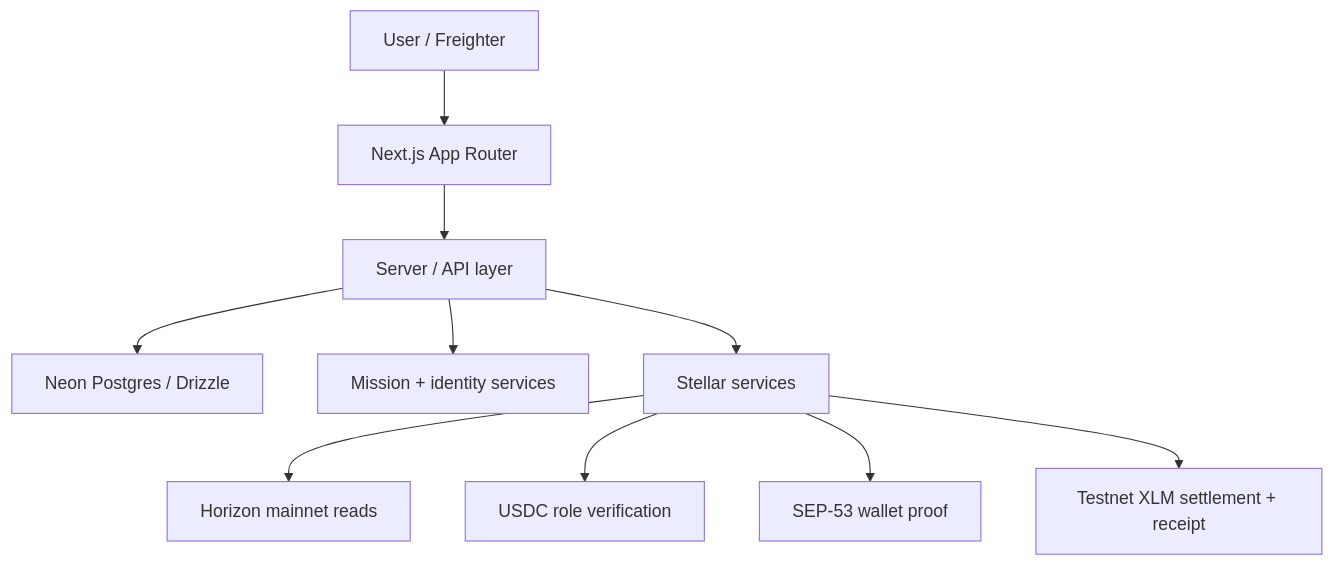
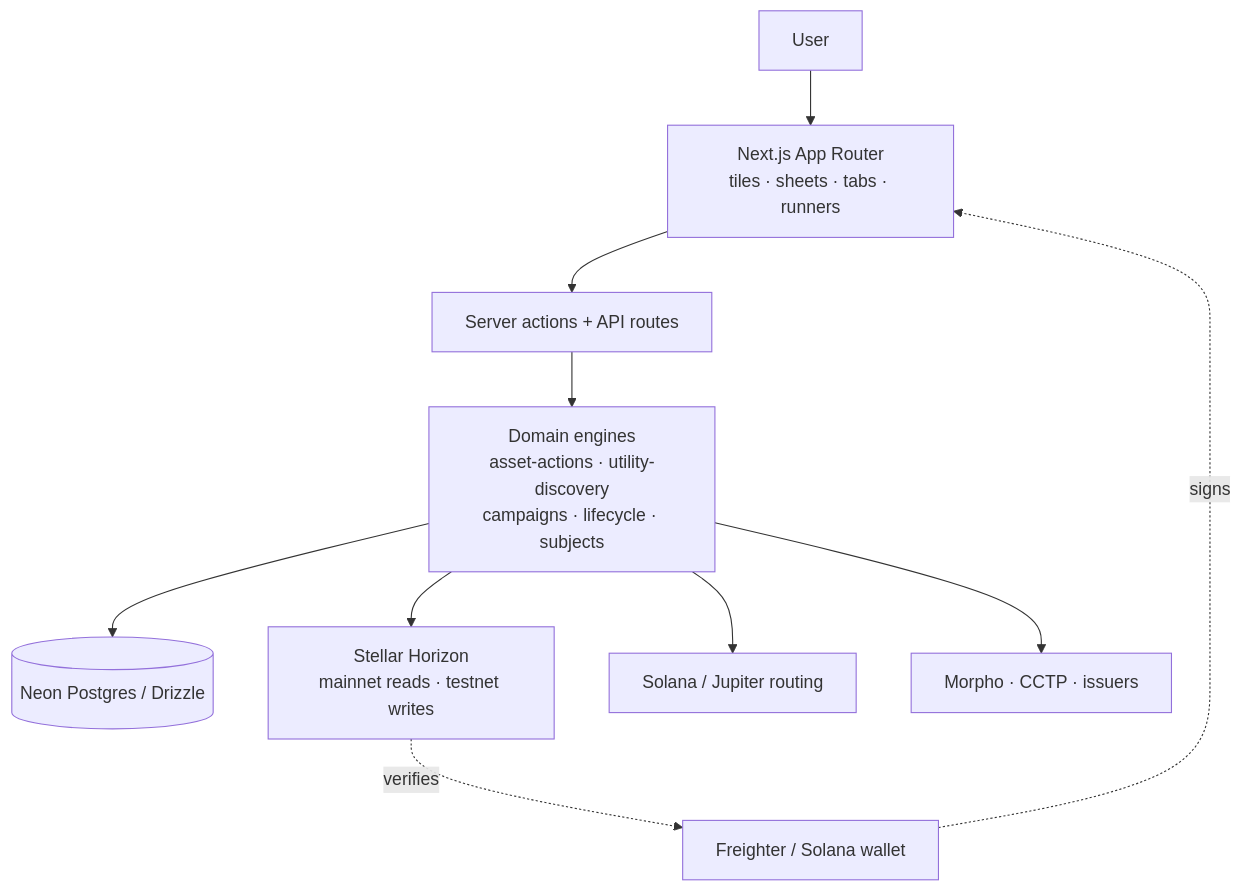
The diagram in README.md (kaelah971/vicus), drawn with Mermaid before and after one commit. The commit also changed other lines of this file and 13 other files, not shown here.

````diff
--- a/README.md
+++ b/README.md
@@ -56,12 +130,12 @@
 ```mermaid
 flowchart TD
-    User[User / Freighter] --> App[Next.js App Router]
-    App --> API[Server / API layer]
-    API --> DB[Neon Postgres / Drizzle]
-    API --> Missions[Mission + identity services]
-    API --> Stellar[Stellar services]
-    Stellar --> Horizon[Horizon mainnet reads]
-    Stellar --> Role[USDC role verification]
-    Stellar --> SEP53[SEP-53 wallet proof]
-    Stellar --> Rewards[Testnet XLM settlement + receipt]
+    User[User] --> App[Next.js App Router<br/>tiles · sheets · tabs · runners]
+    Wallet[Freighter / Solana wallet] -. signs .-> App
+    App --> API[Server actions + API routes]
+    API --> Engines[Domain engines<br/>asset-actions · utility-discovery<br/>campaigns · lifecycle · subjects]
+    Engines --> DB[(Neon Postgres / Drizzle)]
+    Engines --> Horizon[Stellar Horizon<br/>mainnet reads · testnet writes]
+    Engines --> Solana[Solana / Jupiter routing]
+    Engines --> External[Morpho · CCTP · issuers]
+    Horizon -. verifies .-> Wallet
 ```
````
